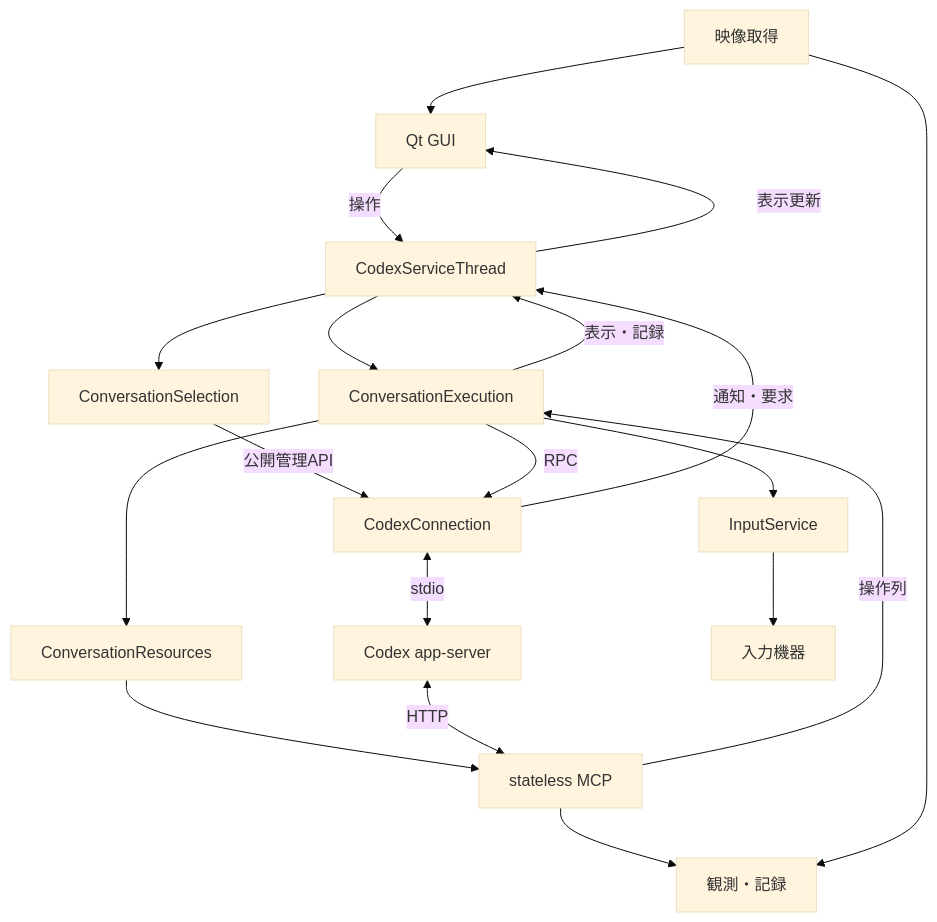
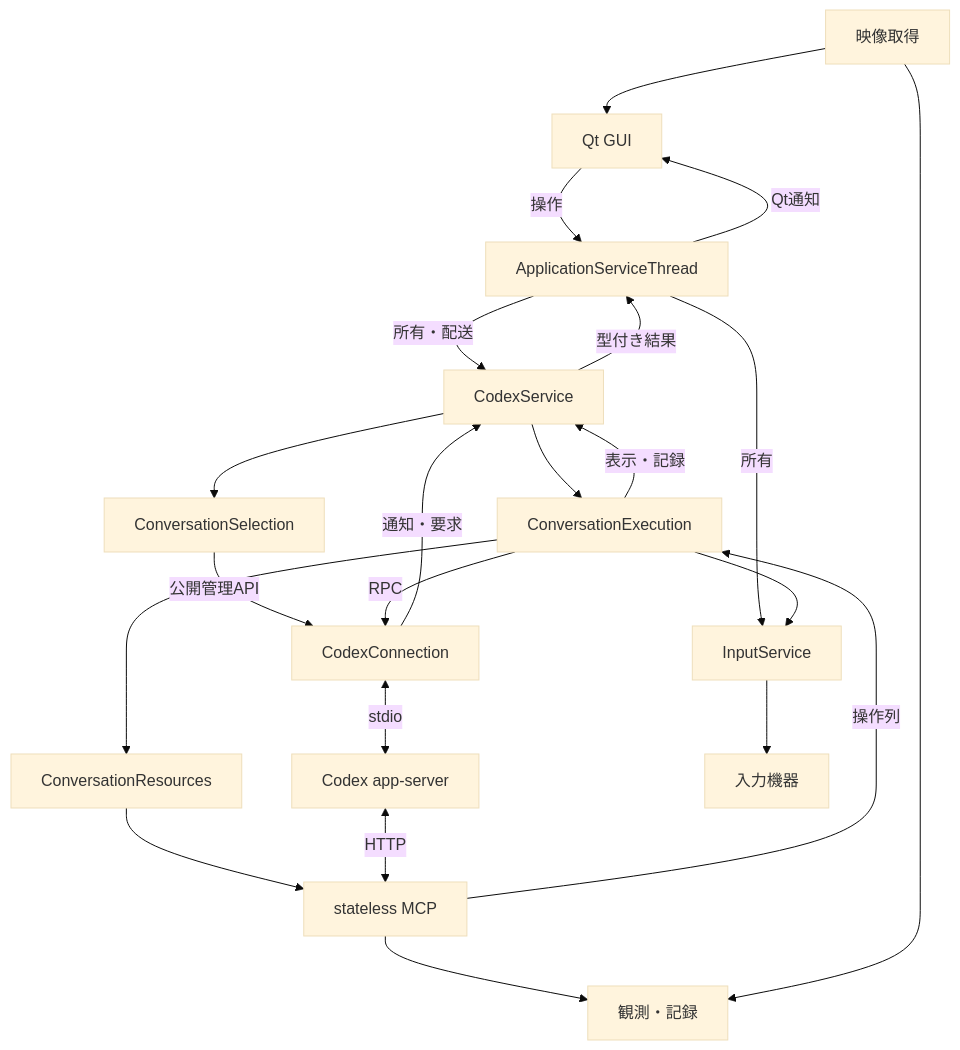
One commit to niart120/Project_Gigas changed the diagram in spec/initial/02-runtime.md. Above: the diagram before and after it, drawn with Mermaid (base theme). The commit also changed other lines of this file and 22 other files, not shown here.

````diff
--- a/spec/initial/02-runtime.md
+++ b/spec/initial/02-runtime.md
@@ -11,21 +11,24 @@
 ```mermaid
 flowchart TB
-  U["Qt GUI"] -->|"操作"| S["CodexServiceThread"]
+  U["Qt GUI"] -->|"操作"| Q["ApplicationServiceThread"]
+  Q -->|"所有・配送"| S["CodexService"]
+  Q -->|"所有"| I["InputService"]
   S --> E["ConversationExecution"]
   S --> L["ConversationSelection"]
   L -->|"公開管理API"| C["CodexConnection"]
   E -->|"RPC"| C["CodexConnection"]
   C -->|"通知・要求"| S
   E -->|"表示・記録"| S
-  S -->|"表示更新"| U
+  S -->|"型付き結果"| Q
+  Q -->|"Qt通知"| U
   E --> R["ConversationResources"]
   R --> M["stateless MCP"]
   M -->|"操作列"| E
   E --> I["InputService"]
   M --> O["観測・記録"]
   C <-->|"stdio"| A["Codex app-server"]
   A <-->|"HTTP"| M
   I --> D["入力機器"]
   V["映像取得"] --> O
   V --> U
 ```
````
